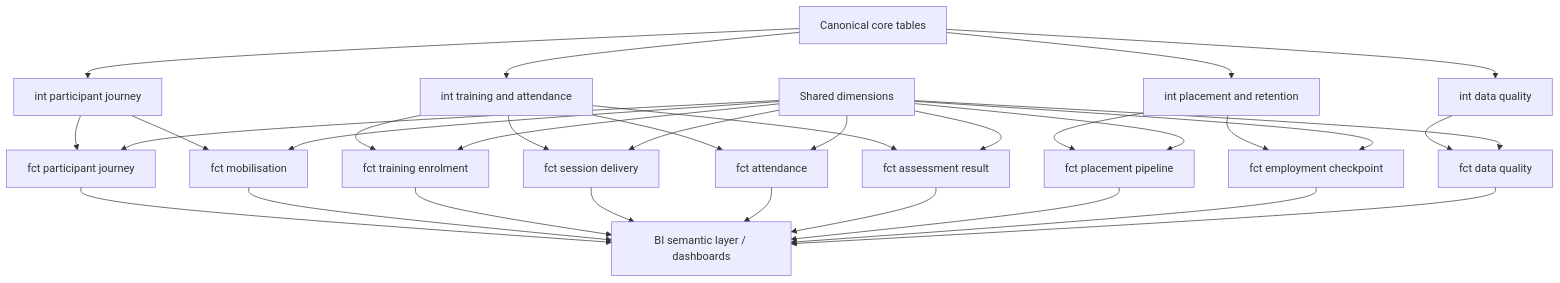
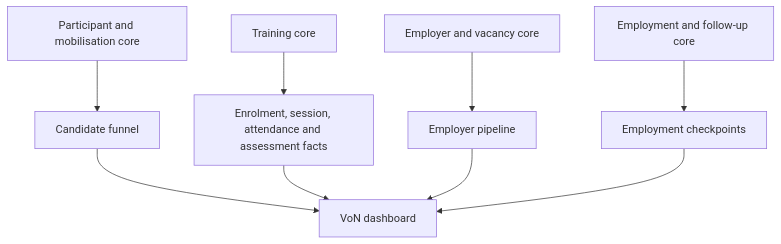
Before and after one commit to VoiceofNeedyFoundation/von-integrated-data-system: the diagram in docs/dashboard-data-model.md, drawn with Mermaid. The commit also changed other lines of this file, not shown here.

Commit message:
Map dashboard marts to VoN key questions

````diff
--- a/docs/dashboard-data-model.md
+++ b/docs/dashboard-data-model.md
@@ -9,34 +30,11 @@
 ```mermaid
 flowchart TD
-    C["Canonical core tables"] --> I1["int participant journey"]
-    C --> I2["int training and attendance"]
-    C --> I3["int placement and retention"]
-    C --> I4["int data quality"]
-    I1 --> F1["fct participant journey"]
-    I1 --> F2["fct mobilisation"]
-    I2 --> F3["fct training enrolment"]
-    I2 --> F4["fct session delivery"]
-    I2 --> F5["fct attendance"]
-    I2 --> F6["fct assessment result"]
-    I3 --> F7["fct placement pipeline"]
-    I3 --> F8["fct employment checkpoint"]
-    I4 --> F9["fct data quality"]
-    D["Shared dimensions"] --> F1
-    D --> F2
-    D --> F3
-    D --> F4
-    D --> F5
-    D --> F6
-    D --> F7
-    D --> F8
-    D --> F9
-    F1 --> B["BI semantic layer / dashboards"]
-    F2 --> B
-    F3 --> B
-    F4 --> B
-    F5 --> B
-    F6 --> B
-    F7 --> B
-    F8 --> B
-    F9 --> B
+    A["Participant and mobilisation core"] --> F1["Candidate funnel"]
+    B["Training core"] --> F2["Enrolment, session, attendance and assessment facts"]
+    C["Employer and vacancy core"] --> F3["Employer pipeline"]
+    D["Employment and follow-up core"] --> F4["Employment checkpoints"]
+    F1 --> Z["VoN dashboard"]
+    F2 --> Z
+    F3 --> Z
+    F4 --> Z
 ```
````
